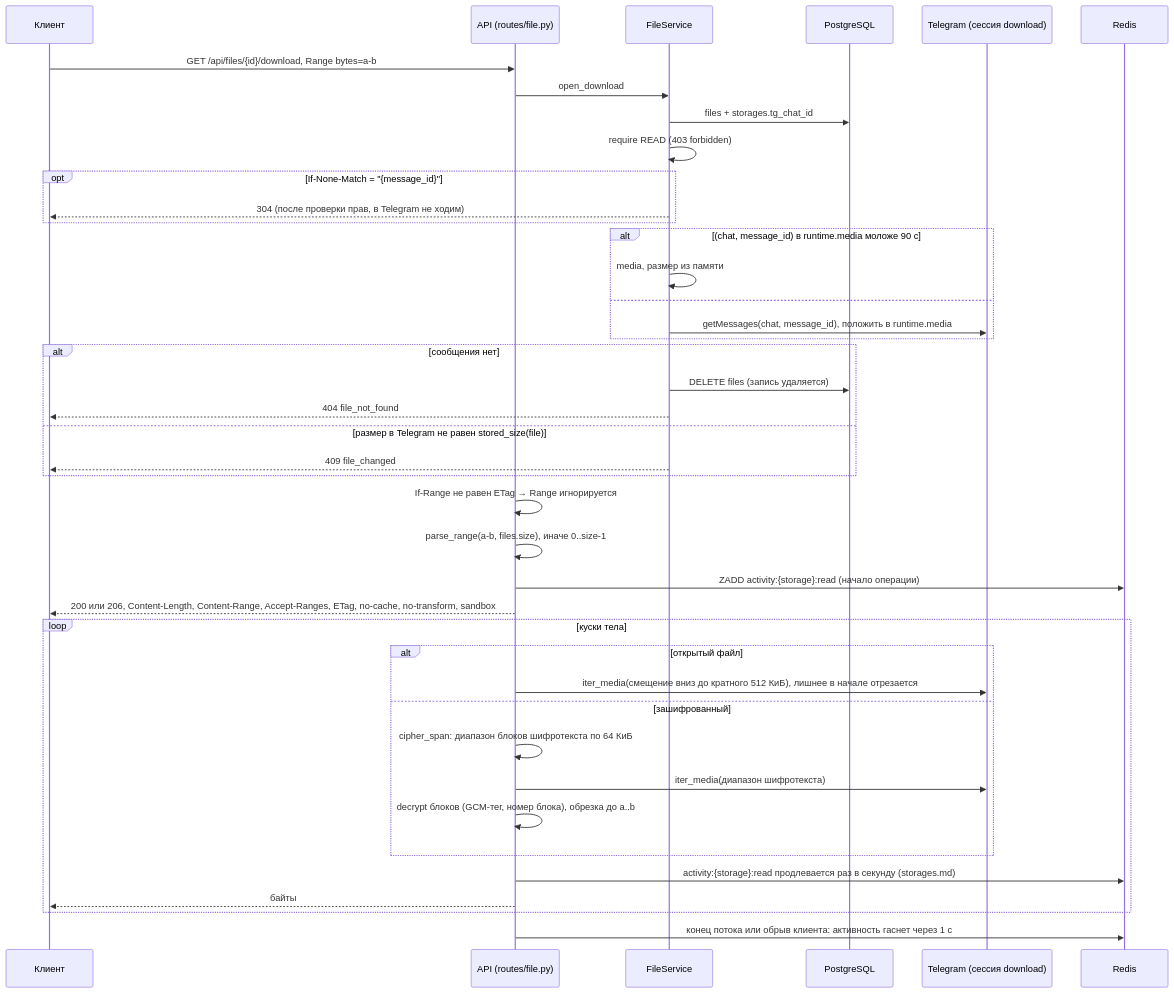
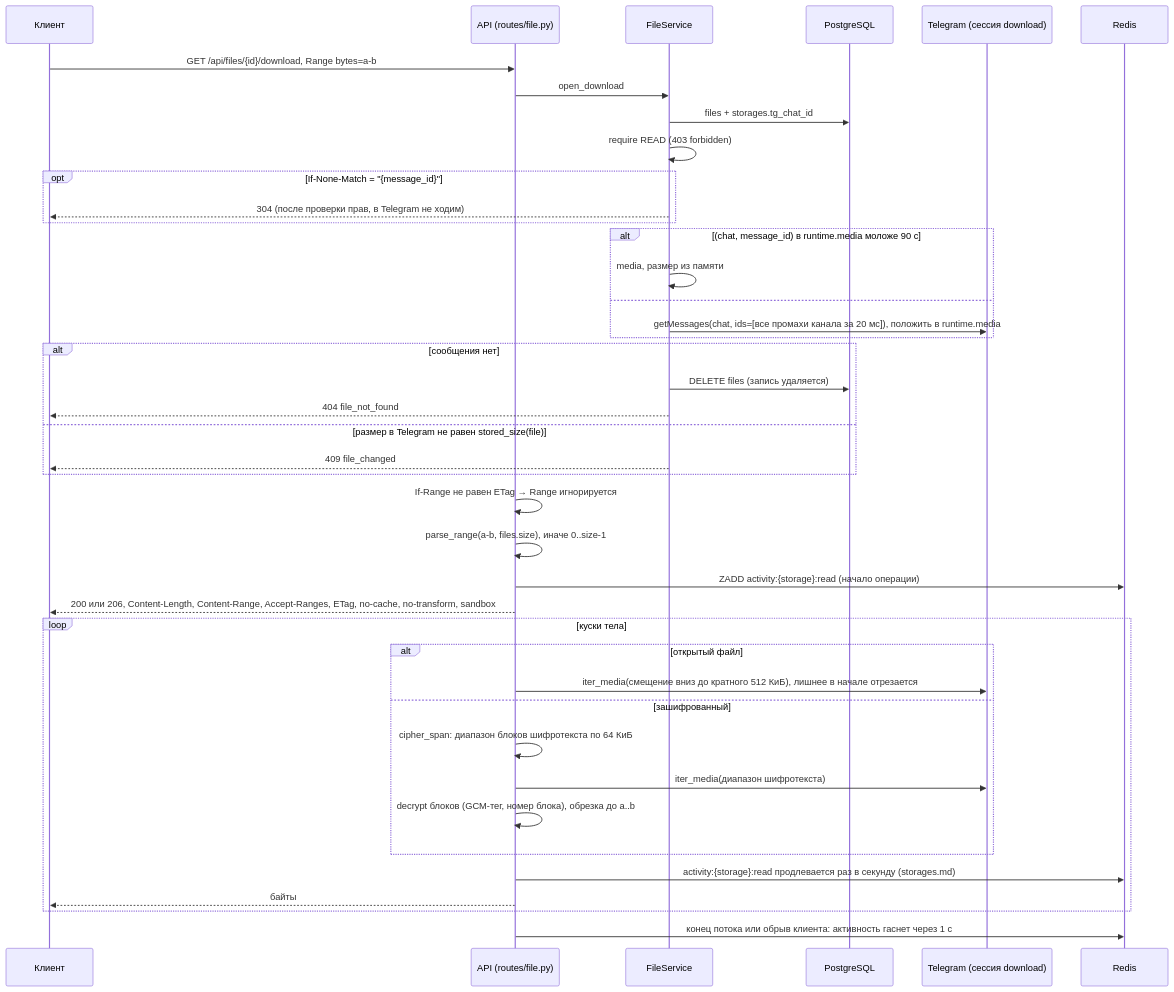
One commit to NikitkaZXC/tcloud-backend changed the third of 3 diagrams in docs/flows/folders-and-files.md. Above: the diagram before and after it, drawn with Mermaid. The commit also changed other lines of this file and 8 other files, not shown here.

Commit message:
perf: concurrent message lookups of one channel share one GetMessages call

````diff
--- a/docs/flows/folders-and-files.md
+++ b/docs/flows/folders-and-files.md
@@ -292,43 +295,43 @@
 ```mermaid
 sequenceDiagram
     participant C as Клиент
     participant A as API (routes/file.py)
     participant F as FileService
     participant DB as PostgreSQL
     participant TG as Telegram (сессия download)
     participant R as Redis
     C->>A: GET /api/files/{id}/download, Range bytes=a-b
     A->>F: open_download
     F->>DB: files + storages.tg_chat_id
     F->>F: require READ (403 forbidden)
     opt If-None-Match = "{message_id}"
         F-->>C: 304 (после проверки прав, в Telegram не ходим)
     end
     alt (chat, message_id) в runtime.media моложе 90 с
         F->>F: media, размер из памяти
     else
-        F->>TG: getMessages(chat, message_id), положить в runtime.media
+        F->>TG: getMessages(chat, ids=[все промахи канала за 20 мс]), положить в runtime.media
     end
     alt сообщения нет
         F->>DB: DELETE files (запись удаляется)
         F-->>C: 404 file_not_found
     else размер в Telegram не равен stored_size(file)
         F-->>C: 409 file_changed
     end
     A->>A: If-Range не равен ETag → Range игнорируется
     A->>A: parse_range(a-b, files.size), иначе 0..size-1
     A->>R: ZADD activity:{storage}:read (начало операции)
     A-->>C: 200 или 206, Content-Length, Content-Range, Accept-Ranges, ETag, no-cache, no-transform, sandbox
     loop куски тела
         alt открытый файл
             A->>TG: iter_media(смещение вниз до кратного 512 КиБ), лишнее в начале отрезается
         else зашифрованный
             A->>A: cipher_span: диапазон блоков шифротекста по 64 КиБ
             A->>TG: iter_media(диапазон шифротекста)
             A->>A: decrypt блоков (GCM-тег, номер блока), обрезка до a..b
         end
         A->>R: activity:{storage}:read продлевается раз в секунду (storages.md)
         A-->>C: байты
     end
     A->>R: конец потока или обрыв клиента: активность гаснет через 1 с
 ```
````
